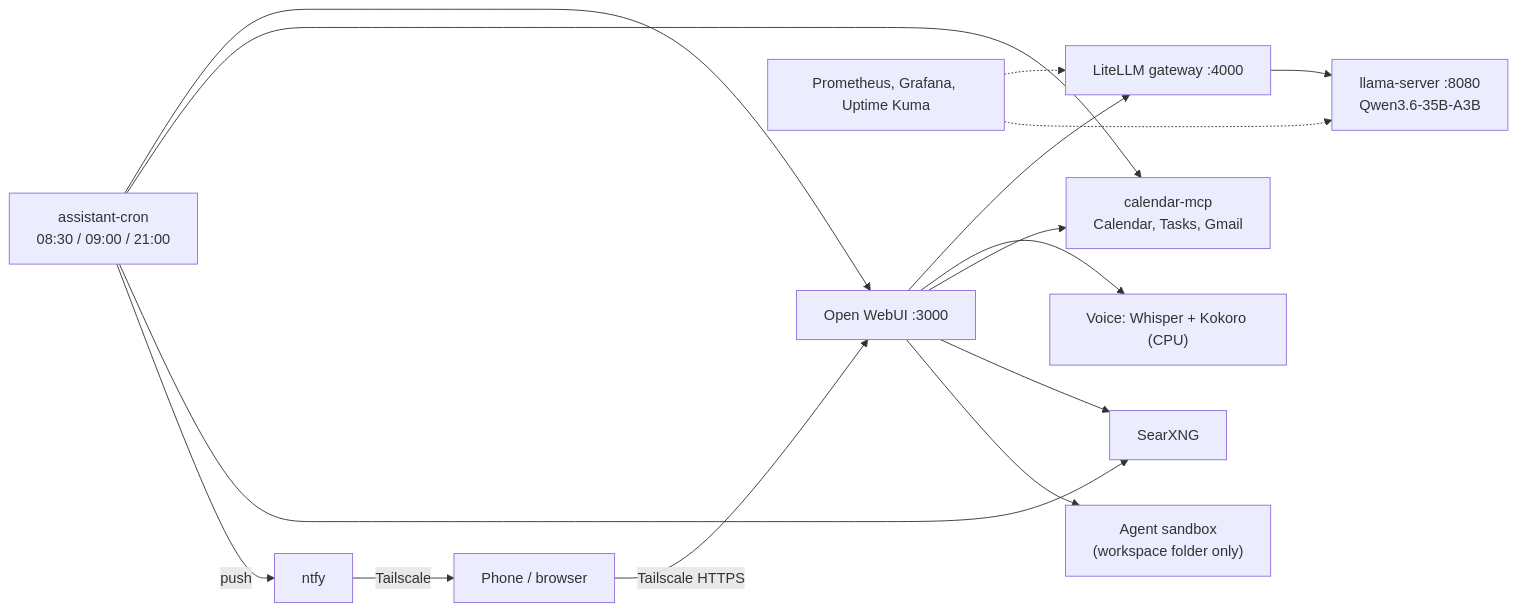
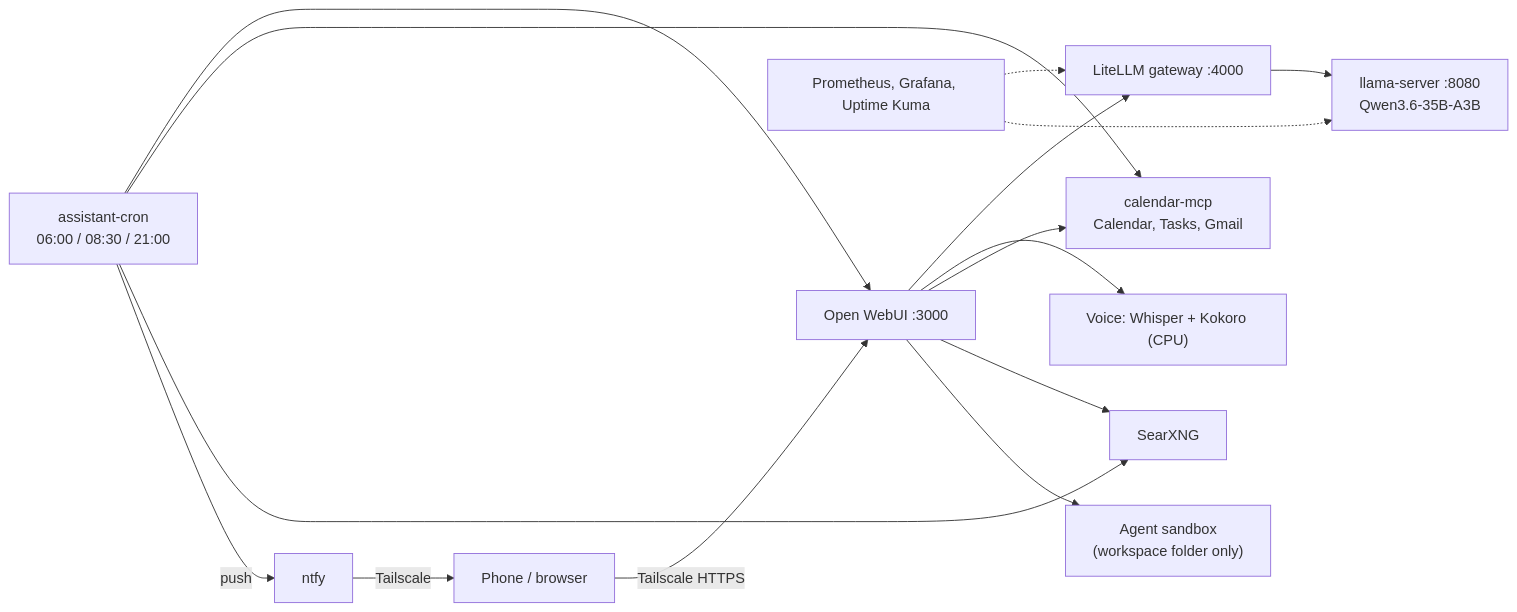
Before and after one commit to lcduc/ULTRON: the diagram in README.md, drawn with Mermaid. The commit also changed other lines of this file and 10 other files, not shown here.

````diff
--- a/README.md
+++ b/README.md
@@ -26,17 +26,17 @@
 ```mermaid
 flowchart LR
     Dev["Phone / browser"] -->|Tailscale HTTPS| OW["Open WebUI :3000"]
     OW --> LL["LiteLLM gateway :4000"]
     LL --> LS["llama-server :8080<br/>Qwen3.6-35B-A3B"]
     OW --> Voice["Voice: Whisper + Kokoro (CPU)"]
     OW --> MCP["calendar-mcp<br/>Calendar, Tasks, Gmail"]
     OW --> Search["SearXNG"]
     OW --> Box["Agent sandbox<br/>(workspace folder only)"]
-    Cron["assistant-cron<br/>08:30 / 09:00 / 21:00"] --> OW
+    Cron["assistant-cron<br/>06:00 / 08:30 / 21:00"] --> OW
     Cron --> MCP
     Cron --> Search
     Cron -->|push| Ntfy["ntfy"]
     Ntfy -->|Tailscale| Dev
     Mon["Prometheus, Grafana, Uptime Kuma"] -.-> LL
     Mon -.-> LS
 ```
````
